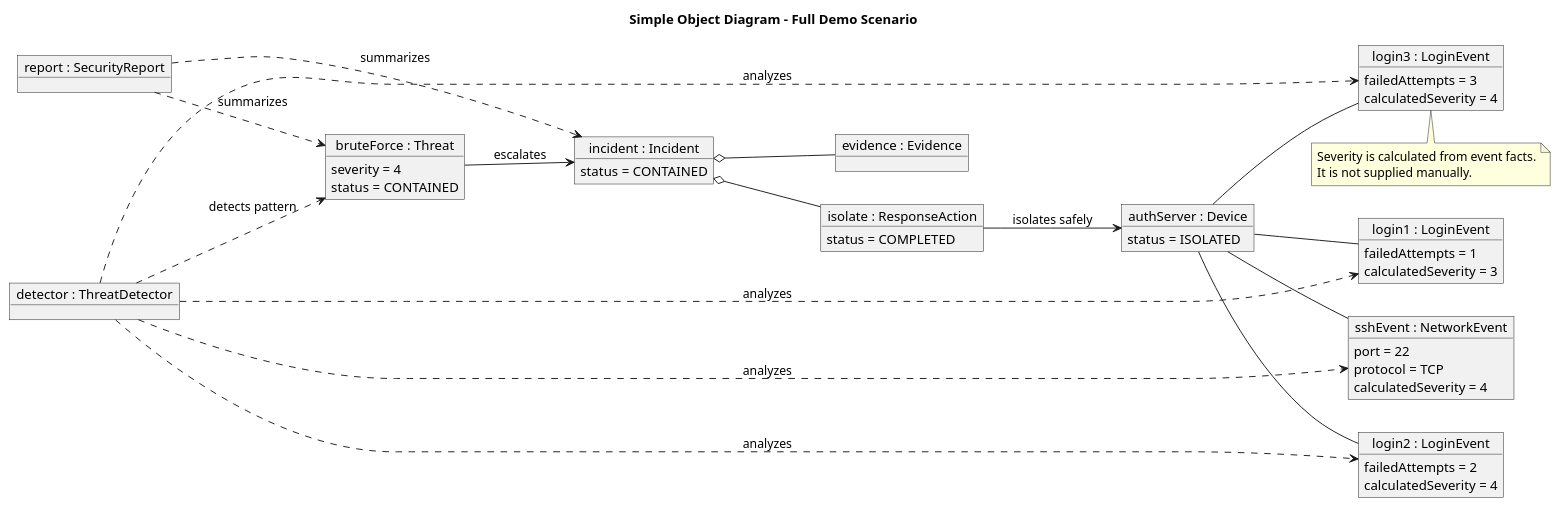
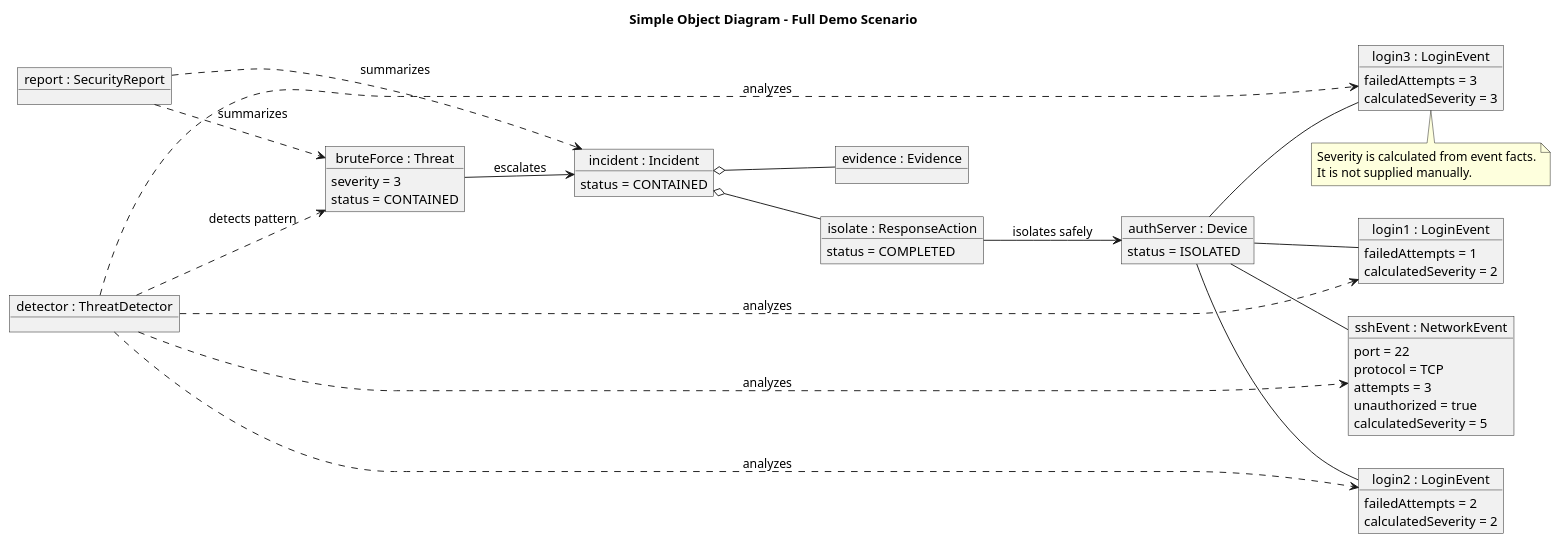
Before and after one commit to jaitak2121-spec/CybersecurityThreatdetector: the diagram in object-diagram.puml, drawn with PlantUML. The commit also changed 15 other files, not shown here.

```diff
--- a/object-diagram.puml
+++ b/object-diagram.puml
@@ -1,60 +1,62 @@
 @startuml object-diagram
 left to right direction
 skinparam objectAttributeIconSize 0
 title Simple Object Diagram - Full Demo Scenario
 
 object "authServer : Device" as device {
   status = ISOLATED
 }
 object "login1 : LoginEvent" as login1 {
   failedAttempts = 1
-  calculatedSeverity = 3
+  calculatedSeverity = 2
 }
 object "login2 : LoginEvent" as login2 {
   failedAttempts = 2
-  calculatedSeverity = 4
+  calculatedSeverity = 2
 }
 object "login3 : LoginEvent" as login3 {
   failedAttempts = 3
-  calculatedSeverity = 4
+  calculatedSeverity = 3
 }
 object "sshEvent : NetworkEvent" as network {
   port = 22
   protocol = TCP
-  calculatedSeverity = 4
+  attempts = 3
+  unauthorized = true
+  calculatedSeverity = 5
 }
 object "detector : ThreatDetector" as detector
 object "bruteForce : Threat" as threat {
-  severity = 4
+  severity = 3
   status = CONTAINED
 }
 object "incident : Incident" as incident {
   status = CONTAINED
 }
 object "evidence : Evidence" as evidence
 object "isolate : ResponseAction" as action {
   status = COMPLETED
 }
 object "report : SecurityReport" as report
 
 device -- login1
 device -- login2
 device -- login3
 device -- network
 detector ..> login1 : analyzes
 detector ..> login2 : analyzes
 detector ..> login3 : analyzes
 detector ..> network : analyzes
 detector ..> threat : detects pattern
 threat --> incident : escalates
 incident o-- evidence
 incident o-- action
 action --> device : isolates safely
 report ..> threat : summarizes
 report ..> incident : summarizes
 
 note bottom of login3
   Severity is calculated from event facts.
   It is not supplied manually.
 end note
 @enduml
```
